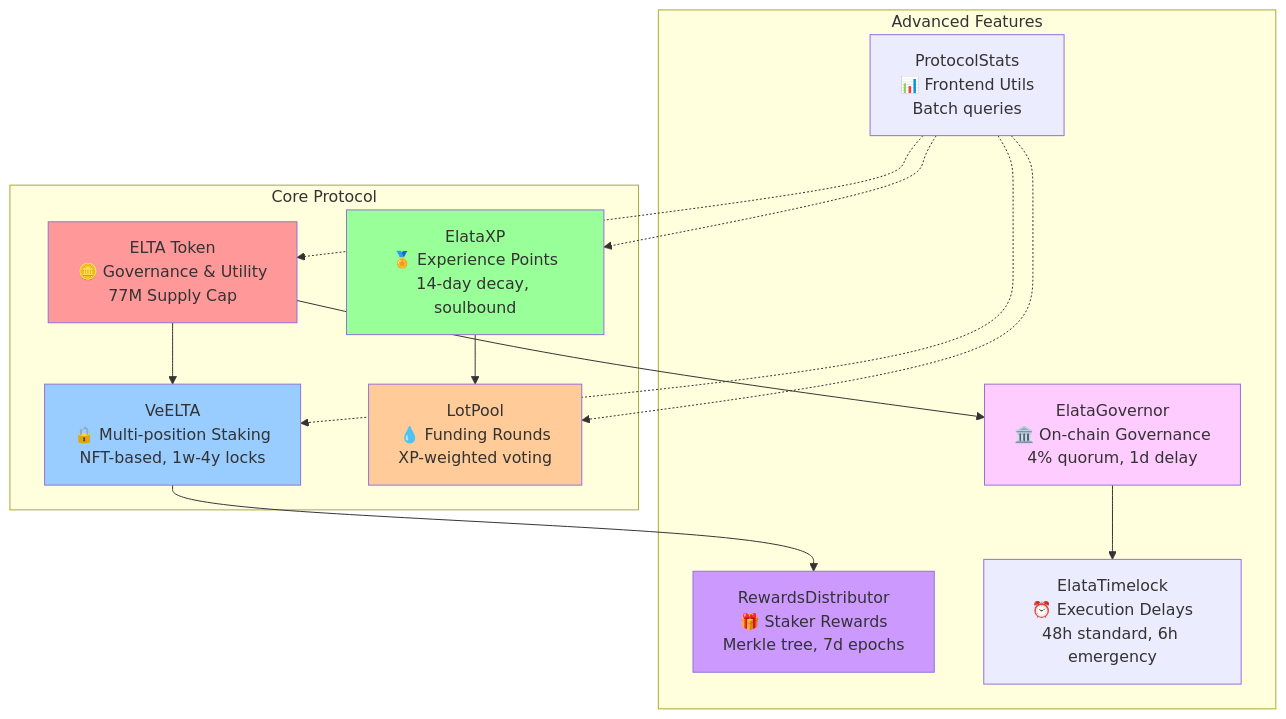
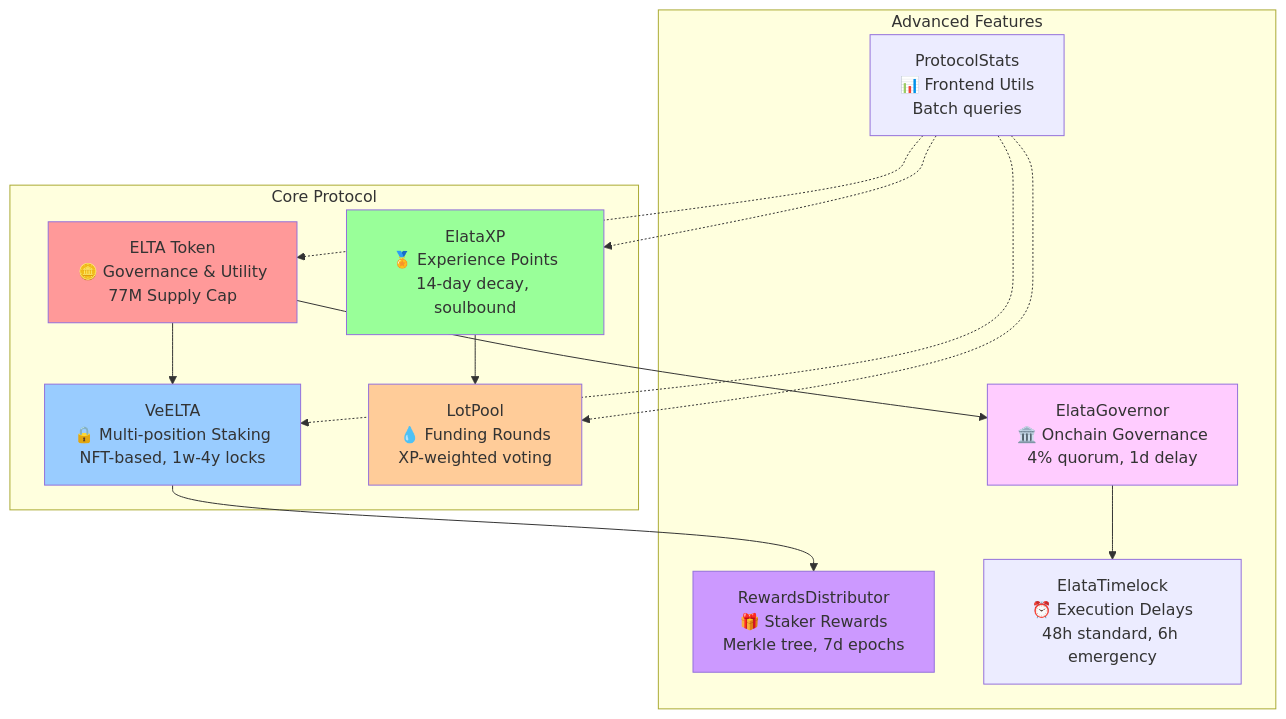
Before and after one commit to Elata-Biosciences/elata-protocol: the third of 10 diagrams in README.md, drawn with Mermaid. The commit also changed other lines of this file and 51 other files, not shown here.

````diff
--- a/README.md
+++ b/README.md
@@ -88,34 +88,34 @@
 ```mermaid
 graph TB
     subgraph "Core Protocol"
         ELTA[ELTA Token<br/>🪙 Governance & Utility<br/>77M Supply Cap]
         VE[VeELTA<br/>🔒 Multi-position Staking<br/>NFT-based, 1w-4y locks]
         XP[ElataXP<br/>🏅 Experience Points<br/>14-day decay, soulbound]
         LP[LotPool<br/>💧 Funding Rounds<br/>XP-weighted voting]
     end
     
     subgraph "Advanced Features"
         RD[RewardsDistributor<br/>🎁 Staker Rewards<br/>Merkle tree, 7d epochs]
-        GOV[ElataGovernor<br/>🏛️ On-chain Governance<br/>4% quorum, 1d delay]
+        GOV[ElataGovernor<br/>🏛️ Onchain Governance<br/>4% quorum, 1d delay]
         TL[ElataTimelock<br/>⏰ Execution Delays<br/>48h standard, 6h emergency]
         STATS[ProtocolStats<br/>📊 Frontend Utils<br/>Batch queries]
     end
     
     ELTA --> VE
     ELTA --> GOV
     VE --> RD
     XP --> LP
     GOV --> TL
     
     STATS -.-> ELTA
     STATS -.-> VE
     STATS -.-> XP
     STATS -.-> LP
     
     style ELTA fill:#ff9999
     style VE fill:#99ccff
     style XP fill:#99ff99
     style LP fill:#ffcc99
     style RD fill:#cc99ff
     style GOV fill:#ffccff
 ```
````
